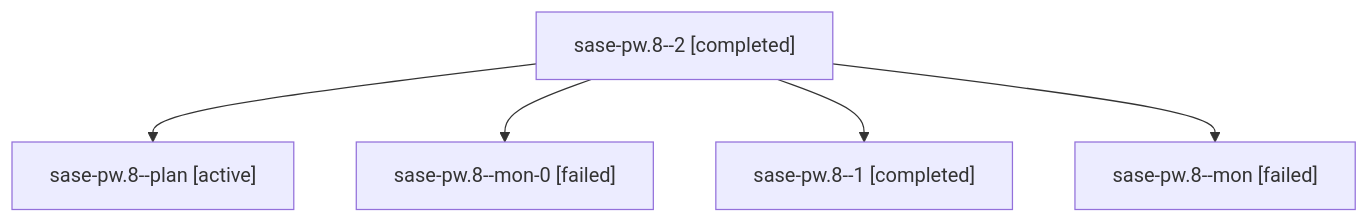
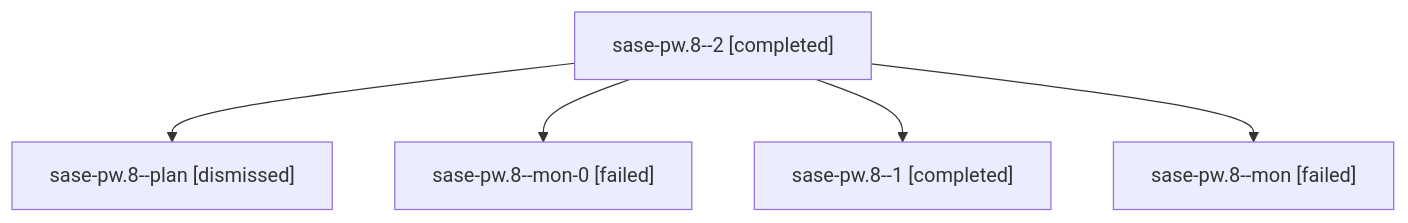
The diagram in sessions/bbugyi200.athena.sase-pw.8.md (sase-org/sase--agents), drawn with Mermaid before and after one commit. The commit also changed other lines of this file and 133 other files, not shown here.

````diff
--- a/sessions/bbugyi200.athena.sase-pw.8.md
+++ b/sessions/bbugyi200.athena.sase-pw.8.md
@@ -9,12 +9,12 @@
 ```mermaid
 flowchart TD
   n0["sase-pw.8--2 [completed]"]
-  n1["sase-pw.8--plan [active]"]
+  n1["sase-pw.8--plan [dismissed]"]
   n0 --> n1
   n2["sase-pw.8--mon-0 [failed]"]
   n0 --> n2
   n3["sase-pw.8--1 [completed]"]
   n0 --> n3
   n4["sase-pw.8--mon [failed]"]
   n0 --> n4
 ```
````
